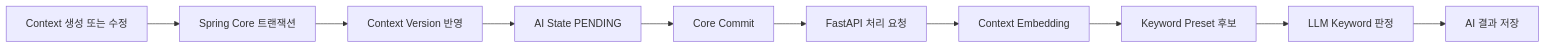
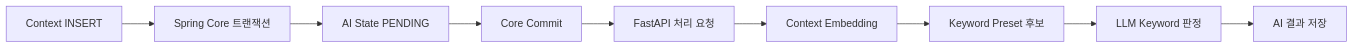
Before and after one commit to Team-PinLog/docs: the second of 3 diagrams in static/05_AI_설계.md, drawn with Mermaid. The commit also changed other lines of this file and 6 other files, not shown here.

````diff
--- a/static/05_AI_설계.md
+++ b/static/05_AI_설계.md
@@ -142,12 +188,11 @@
 ```mermaid
 flowchart LR
-    A[Context 생성 또는 수정] --> B[Spring Core 트랜잭션]
-    B --> C[Context Version 반영]
-    C --> D[AI State PENDING]
-    D --> E[Core Commit]
-    E --> F[FastAPI 처리 요청]
-    F --> G[Context Embedding]
-    G --> H[Keyword Preset 후보]
-    H --> I[LLM Keyword 판정]
-    I --> J[AI 결과 저장]
+    A[Context INSERT] --> B[Spring Core 트랜잭션]
+    B --> C[AI State PENDING]
+    C --> D[Core Commit]
+    D --> E[FastAPI 처리 요청]
+    E --> F[Context Embedding]
+    F --> G[Keyword Preset 후보]
+    G --> H[LLM Keyword 판정]
+    H --> I[AI 결과 저장]
 ```
````
